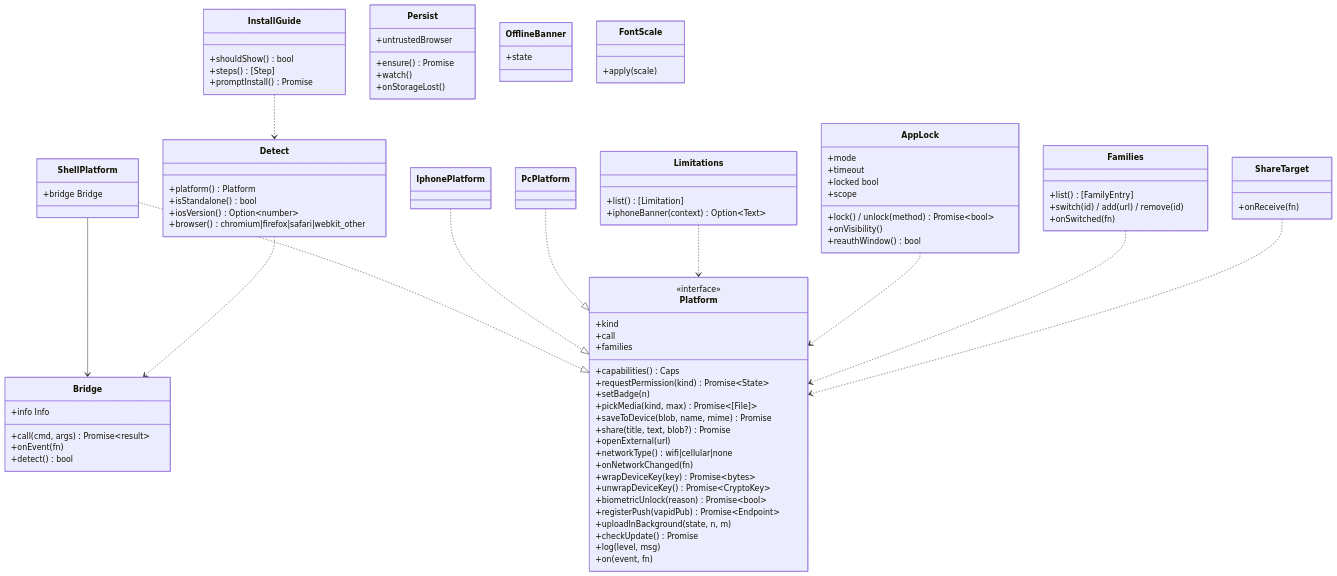
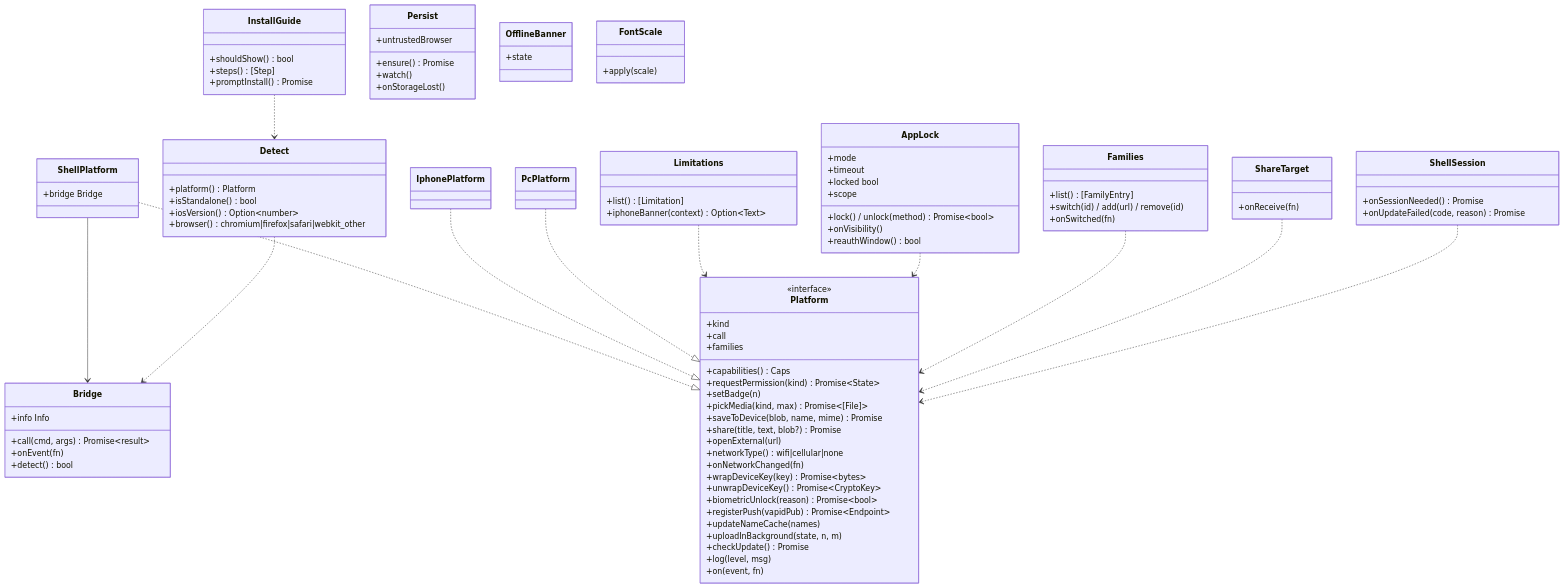
One commit to nrsd-ishikawasou/family-talk-pwa changed the diagram in dev/docs/jp/ブロック/web-shell.md. Above: the diagram before and after it, drawn with Mermaid. The commit also changed other lines of this file and 290 other files, not shown here.

````diff
--- a/dev/docs/jp/ブロック/web-shell.md
+++ b/dev/docs/jp/ブロック/web-shell.md
@@ -36,6 +58,7 @@
     +unwrapDeviceKey() Promise~CryptoKey~
     +biometricUnlock(reason) Promise~bool~
     +registerPush(vapidPub) Promise~Endpoint~
+    +updateNameCache(names)
     +call
     +uploadInBackground(state, n, m)
     +checkUpdate() Promise
@@ -98,6 +121,10 @@
   class FontScale {
     +apply(scale)
   }
+  class ShellSession {
+    +onSessionNeeded() Promise
+    +onUpdateFailed(code, reason) Promise
+  }
   ShellPlatform ..|> Platform
   IphonePlatform ..|> Platform
   PcPlatform ..|> Platform
@@ -108,4 +135,5 @@
   AppLock ..> Platform
   Families ..> Platform
   ShareTarget ..> Platform
+  ShellSession ..> Platform
 ```
````
